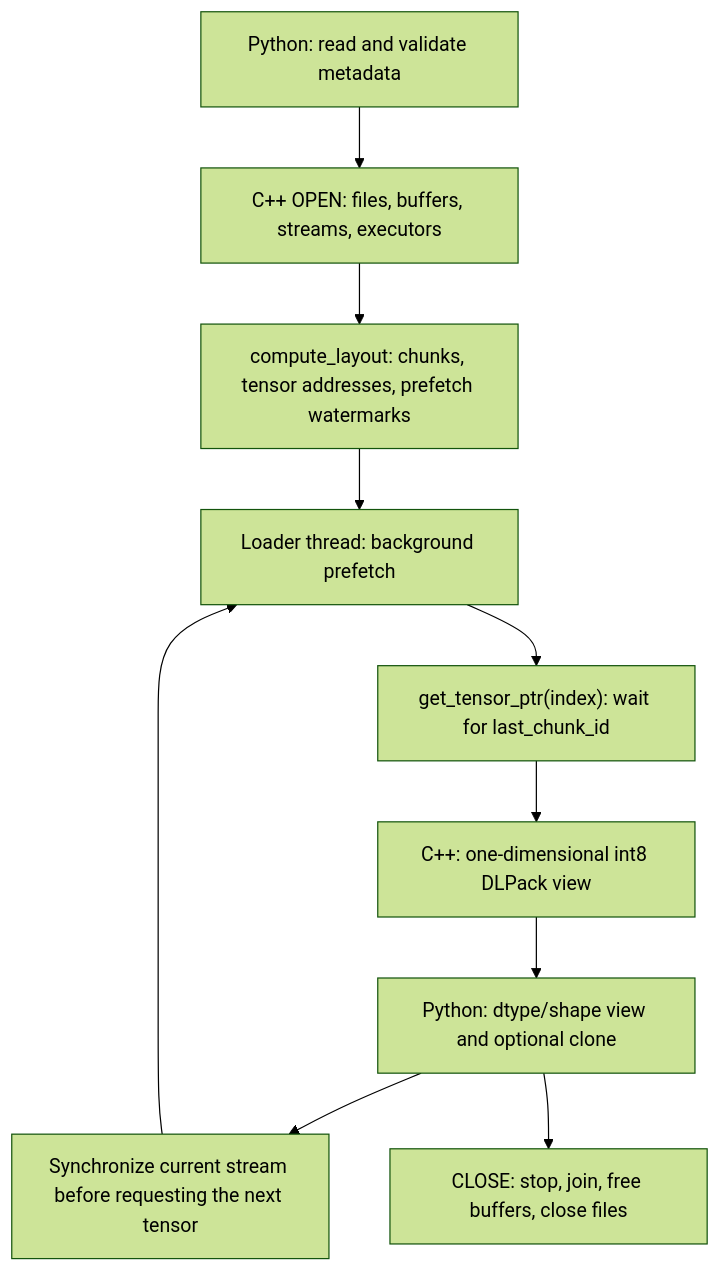
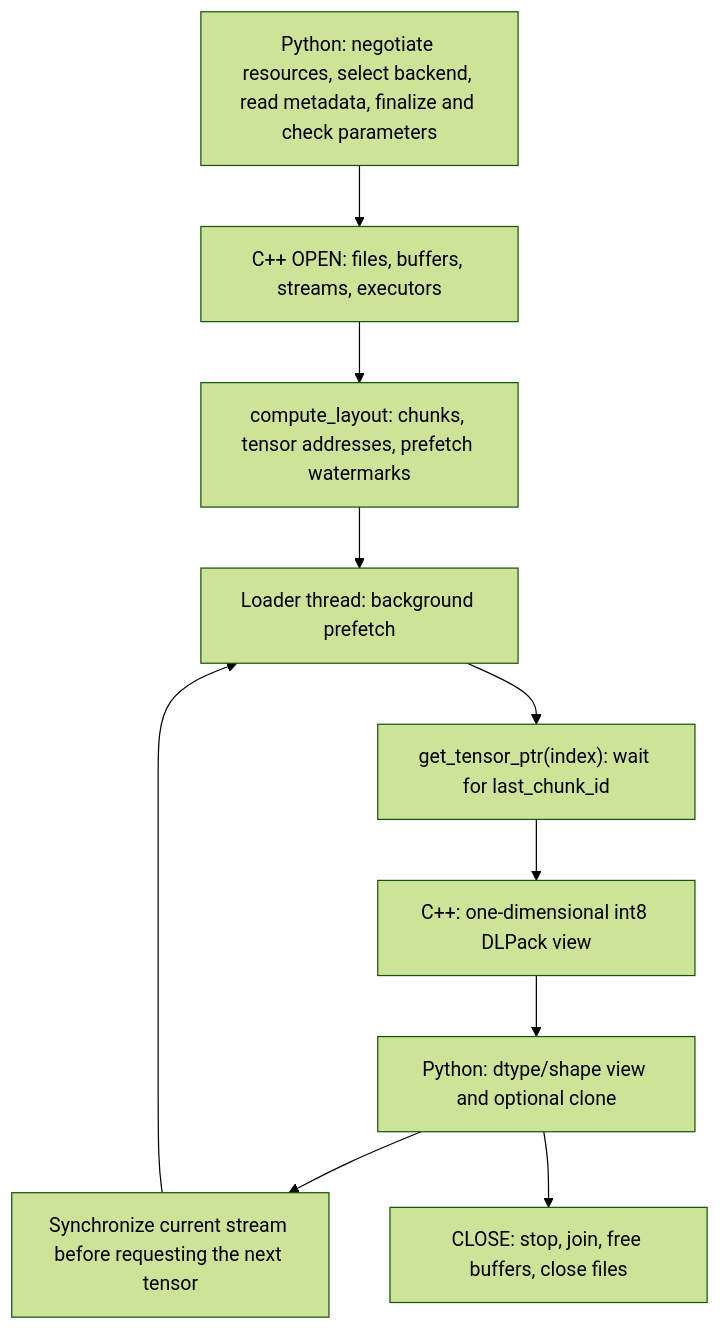
The diagram in docs/loader-internals.md (scitix/InstantTensor), drawn with Mermaid (forest theme) before and after one commit. The commit also changed other lines of this file and 3 other files, not shown here.

````diff
--- a/docs/loader-internals.md
+++ b/docs/loader-internals.md
@@ -34,12 +30,12 @@
 ```mermaid
 flowchart TD
-    A["Python: read and validate metadata"] --> B["C++ OPEN: files, buffers, streams, executors"]
+    A["Python: negotiate resources, select backend, read metadata, finalize and check parameters"] --> B["C++ OPEN: files, buffers, streams, executors"]
     B --> C["compute_layout: chunks, tensor addresses, prefetch watermarks"]
     C --> D["Loader thread: background prefetch"]
     D --> E["get_tensor_ptr(index): wait for last_chunk_id"]
     E --> F["C++: one-dimensional int8 DLPack view"]
     F --> G["Python: dtype/shape view and optional clone"]
     G --> H["Synchronize current stream before requesting the next tensor"]
     H --> D
     G --> I["CLOSE: stop, join, free buffers, close files"]
 ```
````
